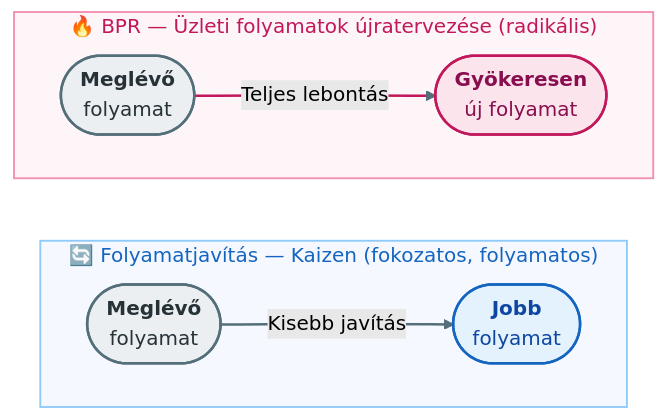
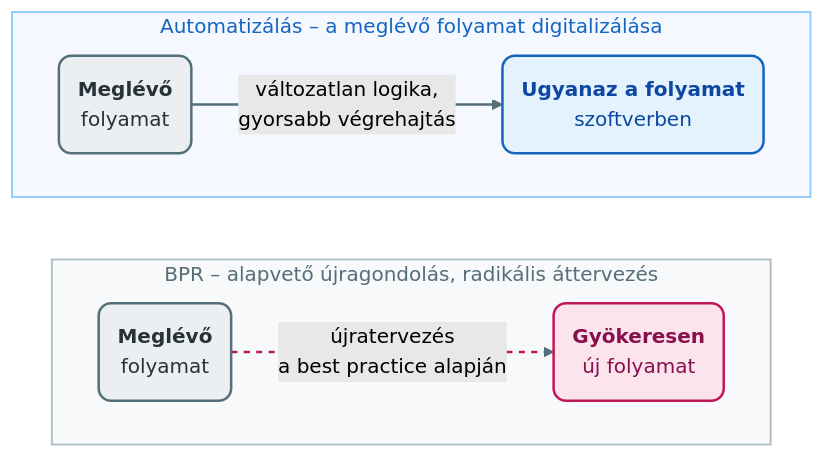
Before and after one commit to denespocsik/MM_BSC_Zarovizsga: the second of 2 diagrams in Tételek/V13-GMXIV2MBLF-ERP bevezetése és BPR.tétel.md, drawn with Mermaid (forest theme). The commit also changed other lines of this file and 1 other file, not shown here.

First line of the commit message:
docs(V13): V13 tétel revíziója a Novák-segédanyag és az SAP-diasor alapján

````diff
--- a/Tételek/V13-GMXIV2MBLF-ERP bevezetése és BPR.tétel.md
+++ b/Tételek/V13-GMXIV2MBLF-ERP bevezetése és BPR.tétel.md
@@ -85,21 +131,21 @@
 ```mermaid
 flowchart LR
-    subgraph KAI["🔄  Folyamatjavítás — Kaizen (fokozatos, folyamatos)"]
+    subgraph BPR_["BPR – alapvető újragondolás, radikális áttervezés"]
         direction LR
-        K1(["<b>Meglévő</b><br/>folyamat"]):::szurke -->|"Kisebb javítás"| K2(["<b>Jobb</b><br/>folyamat"]):::kek
+        B1("<b>Meglévő</b><br/>folyamat"):::szurke -->|"újratervezés<br/>a best practice alapján"| B2("<b>Gyökeresen</b><br/>új folyamat"):::rozsa
     end
-    subgraph BPR_["🔥  BPR — Üzleti folyamatok újratervezése (radikális)"]
+    subgraph AUT["Automatizálás – a meglévő folyamat digitalizálása"]
         direction LR
-        B1(["<b>Meglévő</b><br/>folyamat"]):::szurke -->|"Teljes lebontás"| B2(["<b>Gyökeresen</b><br/>új folyamat"]):::rozsa
+        A1("<b>Meglévő</b><br/>folyamat"):::szurke -->|"változatlan logika,<br/>gyorsabb végrehajtás"| A2("<b>Ugyanaz a folyamat</b><br/>szoftverben"):::kek
     end
 
     classDef kek    fill:#e3f2fd,stroke:#1565c0,stroke-width:2px,color:#0d47a1,rx:10,ry:10;
     classDef rozsa  fill:#fce4ec,stroke:#c2185b,stroke-width:2px,color:#880e4f,rx:10,ry:10;
     classDef szurke fill:#eceff1,stroke:#546e7a,stroke-width:2px,color:#263238,rx:10,ry:10;
 
-    style KAI  fill:#f5f9ff,stroke:#90caf9,stroke-width:1.5px,color:#1565c0;
-    style BPR_ fill:#fdf5f8,stroke:#f48fb1,stroke-width:1.5px,color:#c2185b;
+    style AUT  fill:#f5f9ff,stroke:#90caf9,stroke-width:1.5px,color:#1565c0;
+    style BPR_ fill:#f7f9fa,stroke:#b0bec5,stroke-width:1.5px,color:#546e7a;
 
     linkStyle default stroke:#546e7a,stroke-width:2px;
-    linkStyle 1 stroke:#c2185b,stroke-width:2px;
+    linkStyle 0 stroke:#c2185b,stroke-width:2px,stroke-dasharray: 5 5;
 ```
````
